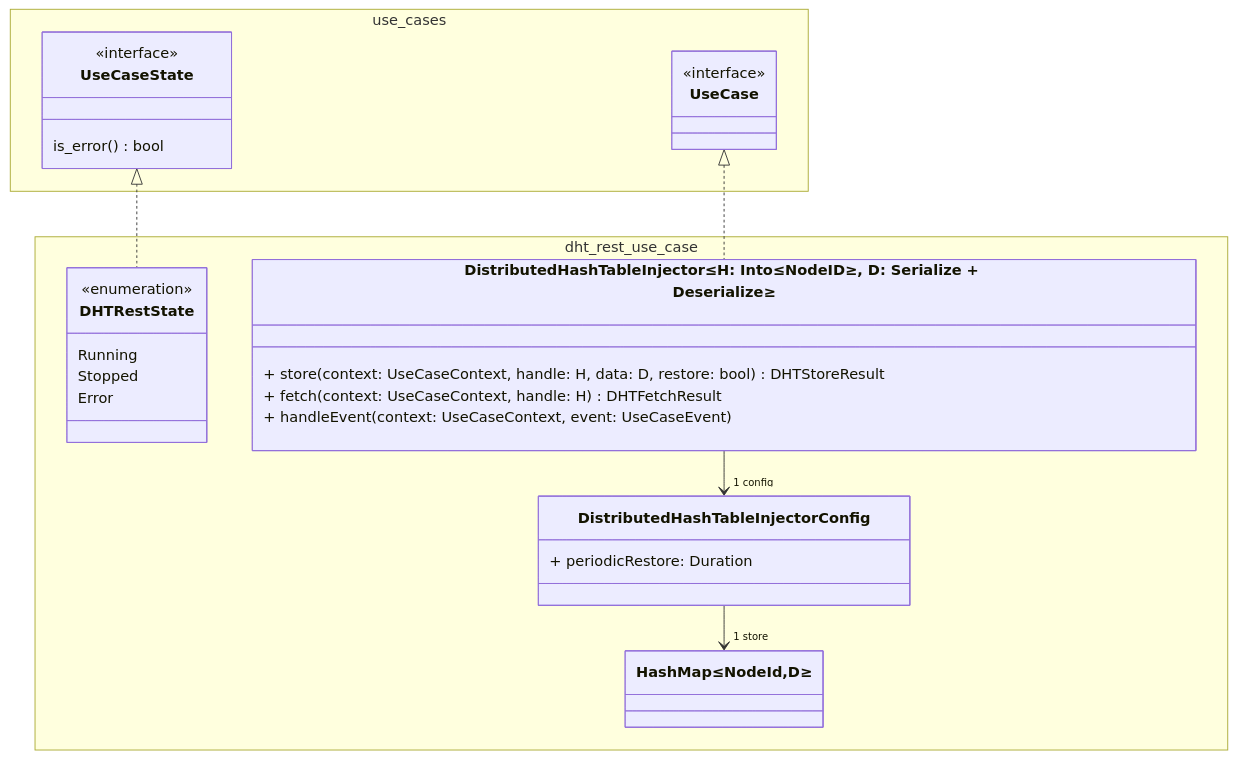
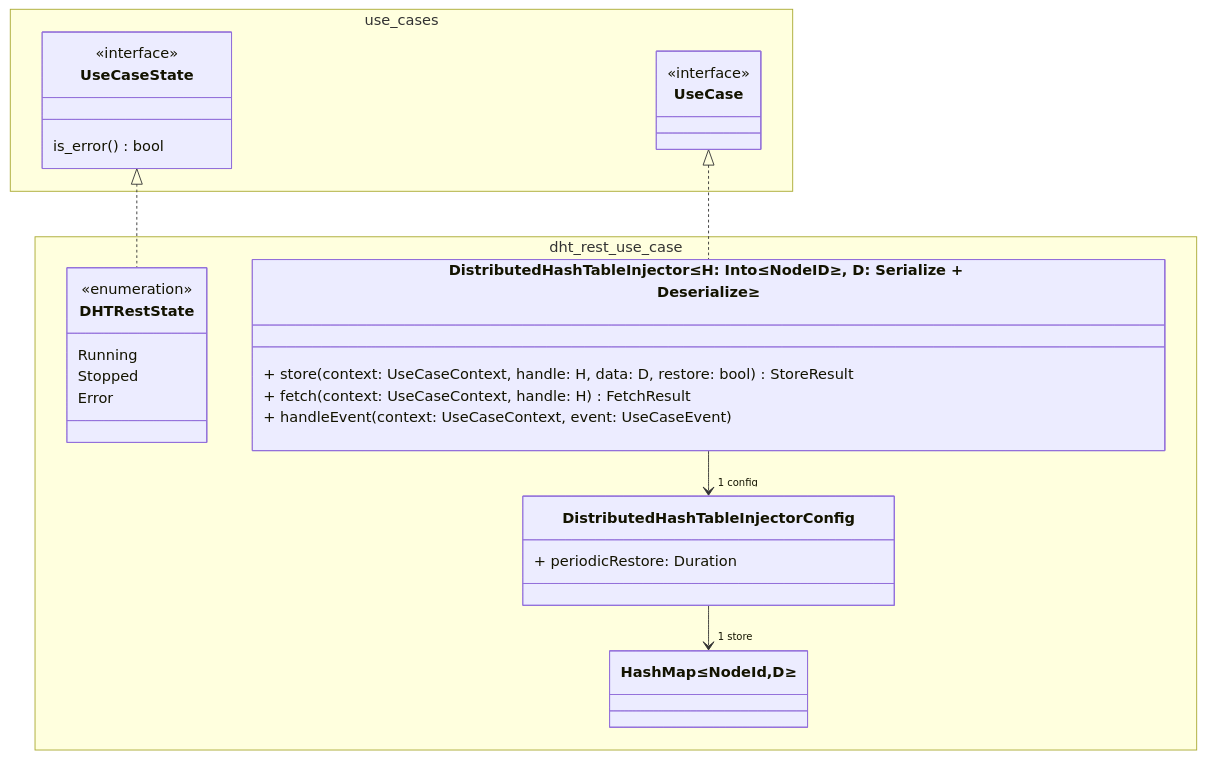
The third of 3 diagrams in dht-draft.md (kit-tm/KIRA-Rust), drawn with Mermaid before and after one commit. The commit also changed other lines of this file, not shown here.

````diff
--- a/dht-draft.md
+++ b/dht-draft.md
@@ -206,35 +186,35 @@
 ```mermaid
 classDiagram
     namespace use_cases {
         class UseCaseState {
             <<interface>>
             is_error() bool
         }
 
         class UseCase {
             <<interface>>
         }
     }
     namespace dht_rest_use_case {
         class DHTRestState {
             <<enumeration>>
             Running
             Stopped
             Error
         }
         class DistributedHashTableInjector["DistributedHashTableInjector≤H: Into≤NodeID≥, D: Serialize + Deserialize≥"] {
-            + store(context: UseCaseContext, handle: H, data: D, restore: bool) DHTStoreResult
-            + fetch(context: UseCaseContext, handle: H) DHTFetchResult
+            + store(context: UseCaseContext, handle: H, data: D, restore: bool) StoreResult
+            + fetch(context: UseCaseContext, handle: H) FetchResult
             + handleEvent(context: UseCaseContext, event: UseCaseEvent)
         }
         class DistributedHashTableInjectorConfig {
             + periodicRestore: Duration
         }
         
         class HashMap["HashMap≤NodeId,D≥"]
     }
     DistributedHashTableInjector --> "1 config" DistributedHashTableInjectorConfig
     DistributedHashTableInjectorConfig --> "1 store" HashMap
     UseCase <|.. DistributedHashTableInjector
     UseCaseState <|.. DHTRestState
 ```
````
